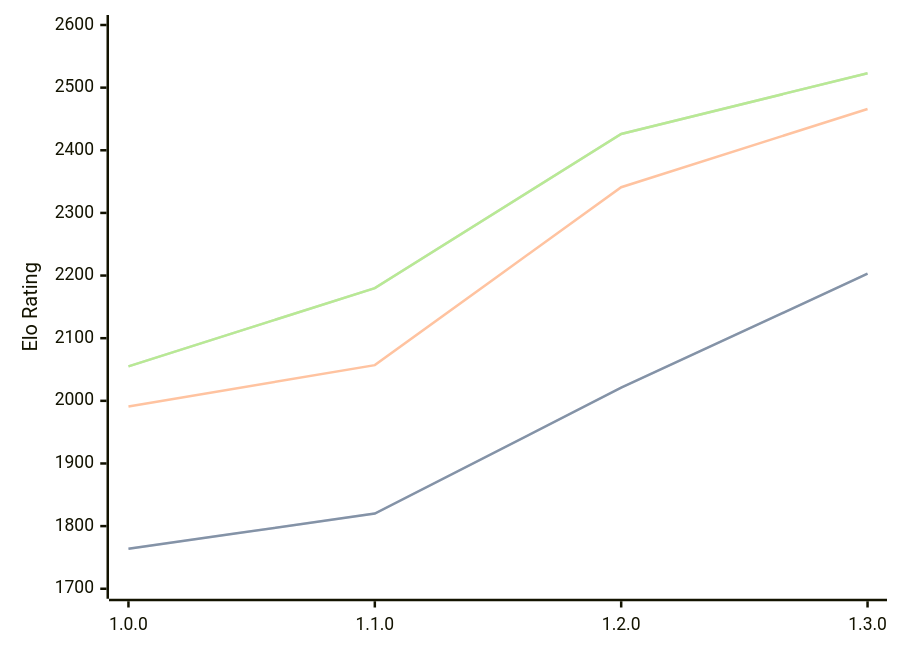
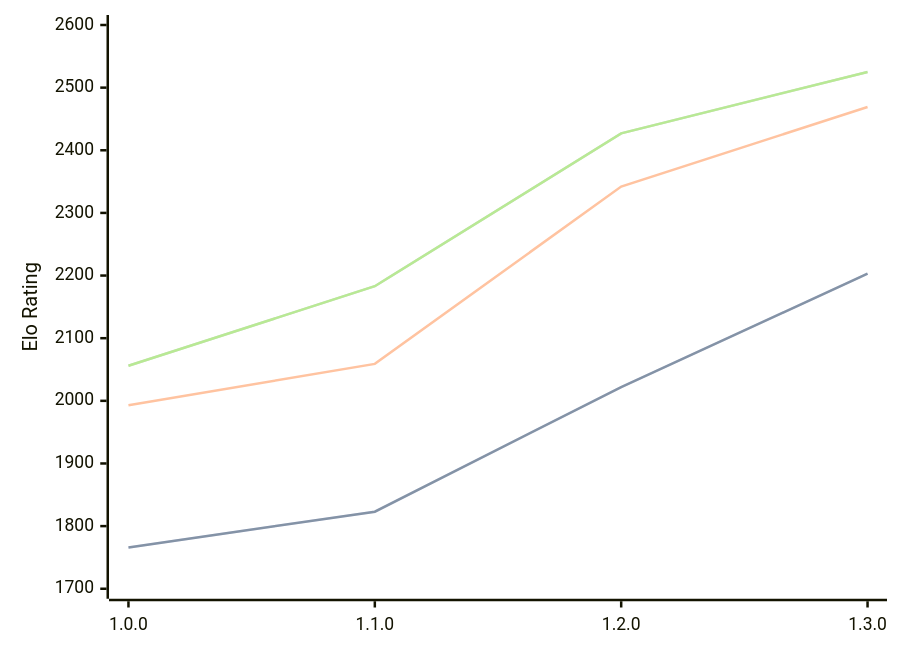
The diagram in engines/Anodos.md (computer-chess-index/cci), drawn with Mermaid before and after one commit. The commit also changed other lines of this file, not shown here.

Commit message:
Update CCI Ratings (ELO VLTC) - 2026-03-29

````diff
--- a/engines/Anodos.md
+++ b/engines/Anodos.md
@@ -45,11 +45,11 @@
 ```mermaid
 %%{init: {"theme":"base","themeVariables":{"seriesColors:['#a3a3a3','#222221','#faa371']}}}%%
 xychart-beta
   x-axis ["1.0.0", "1.1.0", "1.2.0", "1.3.0"]
   y-axis "Elo Rating" 1700 --> 2600
-  line "STC (8.0+0.08s)" [1764, 1820, 2021, 2203]
-  line "STC (8.0+0.08s)" [1764, 1820, 2021, 2203]
-  line "LTC (60.0+0.60s)" [1991, 2057, 2341, 2466]
-  line "VLTC (2m24s+1.12s)" [2055, 2180, 2426, 2523]
-  line "VLTC (2m24s+1.12s)" [2055, 2180, 2426, 2523]
+  line "STC (8.0+0.08s)" [1766, 1823, 2022, 2203]
+  line "STC (8.0+0.08s)" [1766, 1823, 2022, 2203]
+  line "LTC (60.0+0.60s)" [1993, 2059, 2342, 2469]
+  line "VLTC (2m24s+1.12s)" [2056, 2183, 2427, 2525]
+  line "VLTC (2m24s+1.12s)" [2056, 2183, 2427, 2525]
 ```
````
